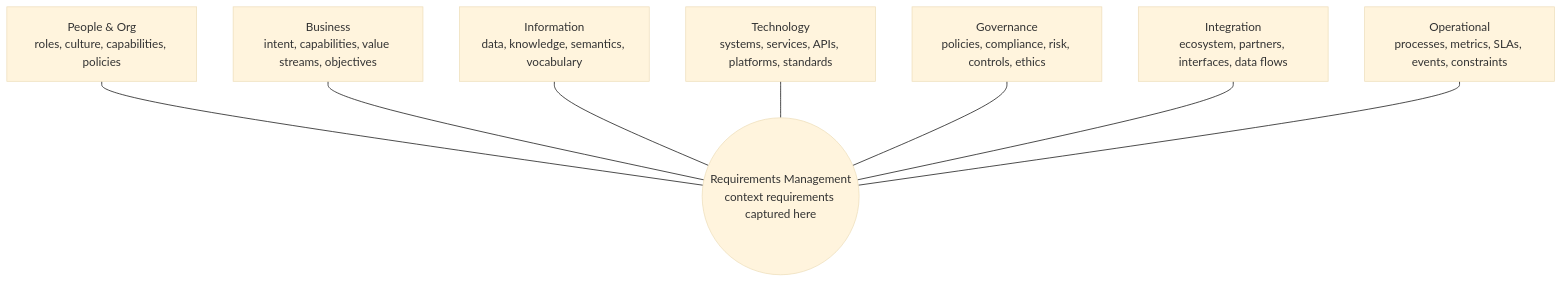
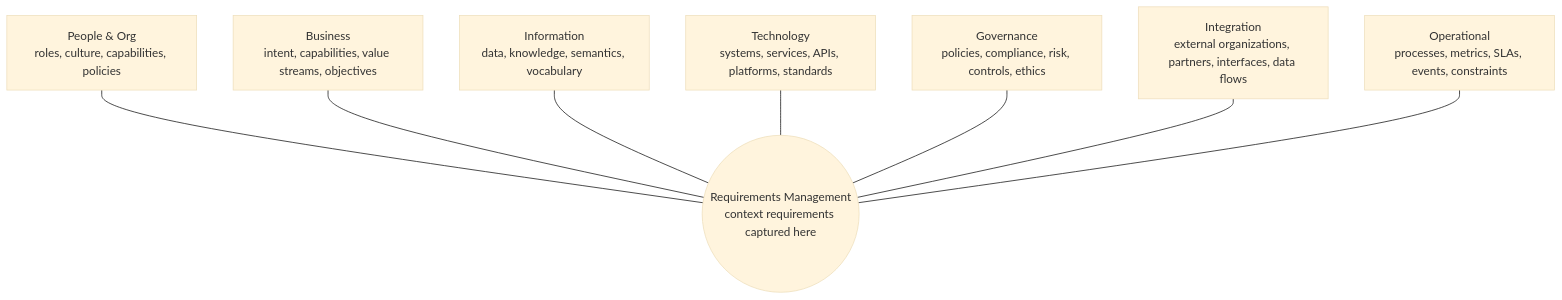
Before and after one commit to nishant-tamilselvan/enterprise-ai-framework: the diagram in docs/architecture/context-architecture.md, drawn with Mermaid (base theme). The commit also changed other lines of this file and 40 other files, not shown here.

````diff
--- a/docs/architecture/context-architecture.md
+++ b/docs/architecture/context-architecture.md
@@ -53,19 +53,19 @@
 ```mermaid
 flowchart TB
     RM(("Requirements Management<br/>context requirements captured here"))
     P["People &amp; Org<br/>roles, culture, capabilities, policies"]
     B["Business<br/>intent, capabilities, value streams, objectives"]
     I["Information<br/>data, knowledge, semantics, vocabulary"]
     T["Technology<br/>systems, services, APIs, platforms, standards"]
     G["Governance<br/>policies, compliance, risk, controls, ethics"]
-    N["Integration<br/>ecosystem, partners, interfaces, data flows"]
+    N["Integration<br/>external organizations, partners, interfaces, data flows"]
     O["Operational<br/>processes, metrics, SLAs, events, constraints"]
 
     P --- RM
     B --- RM
     I --- RM
     T --- RM
     G --- RM
     N --- RM
     O --- RM
 ```
````
